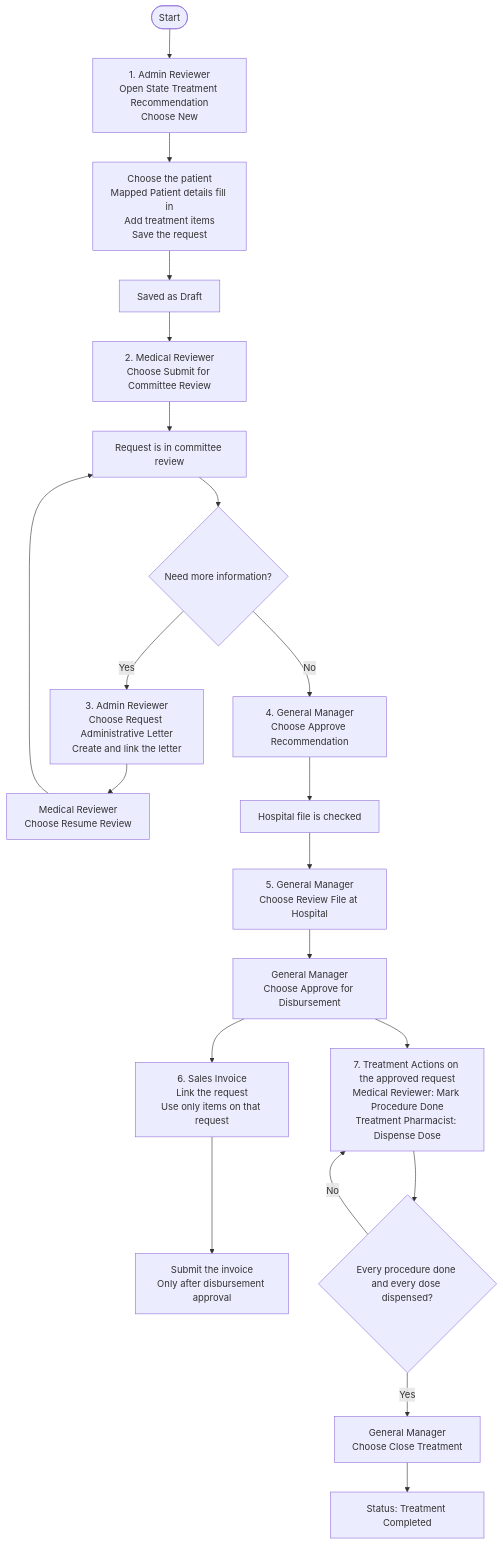
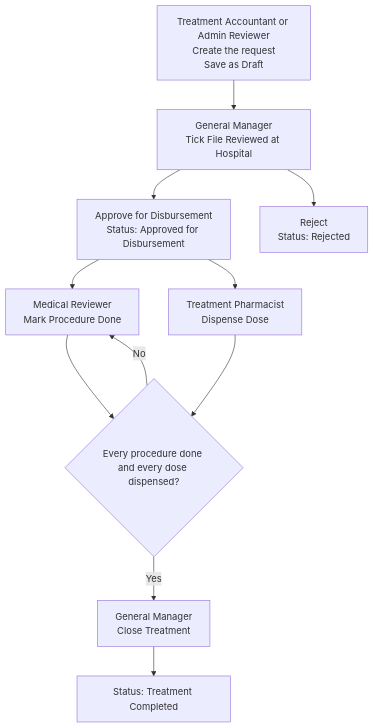
One commit to Steeif/state_treatment changed the diagram in README.md. Above: the diagram before and after it, drawn with Mermaid. The commit also changed other lines of this file and 16 other files, not shown here.

First line of the commit message:
Remove approval workflow; add Treatment Accountant role (0.5.0)

````diff
--- a/README.md
+++ b/README.md
@@ -24,23 +25,13 @@
 ```mermaid
 flowchart TD
-    A([Start]) --> B["1. Admin Reviewer<br/>Open State Treatment Recommendation<br/>Choose New"]
-    B --> C["Choose the patient<br/>Mapped Patient details fill in<br/>Add treatment items<br/>Save the request"]
-    C --> D["Saved as Draft"]
-    D --> E["2. Medical Reviewer<br/>Choose Submit for Committee Review"]
-    E --> F["Request is in committee review"]
-    F --> Q{"Need more information?"}
-    Q -->|Yes| G["3. Admin Reviewer<br/>Choose Request Administrative Letter<br/>Create and link the letter"]
-    G --> H["Medical Reviewer<br/>Choose Resume Review"]
-    H --> F
-    Q -->|No| I["4. General Manager<br/>Choose Approve Recommendation"]
-    I --> J["Hospital file is checked"]
-    J --> K["5. General Manager<br/>Choose Review File at Hospital"]
-    K --> L["General Manager<br/>Choose Approve for Disbursement"]
-    L --> M["6. Sales Invoice<br/>Link the request<br/>Use only items on that request"]
-    M --> N["Submit the invoice<br/>Only after disbursement approval"]
-    L --> T["7. Treatment Actions on the approved request<br/>Medical Reviewer: Mark Procedure Done<br/>Treatment Pharmacist: Dispense Dose"]
-    T --> R{"Every procedure done and every dose dispensed?"}
-    R -->|No| T
-    R -->|Yes| S["General Manager<br/>Choose Close Treatment"]
-    S --> Z["Status: Treatment Completed"]
+    A["Treatment Accountant or Admin Reviewer<br/>Create the request<br/>Save as Draft"] --> B["General Manager<br/>Tick File Reviewed at Hospital"]
+    B --> C["Approve for Disbursement<br/>Status: Approved for Disbursement"]
+    B --> R["Reject<br/>Status: Rejected"]
+    C --> D["Medical Reviewer<br/>Mark Procedure Done"]
+    C --> E["Treatment Pharmacist<br/>Dispense Dose"]
+    D --> F{"Every procedure done and every dose dispensed?"}
+    E --> F
+    F -->|Yes| G["General Manager<br/>Close Treatment"]
+    F -->|No| D
+    G --> H["Status: Treatment Completed"]
 ```
````
